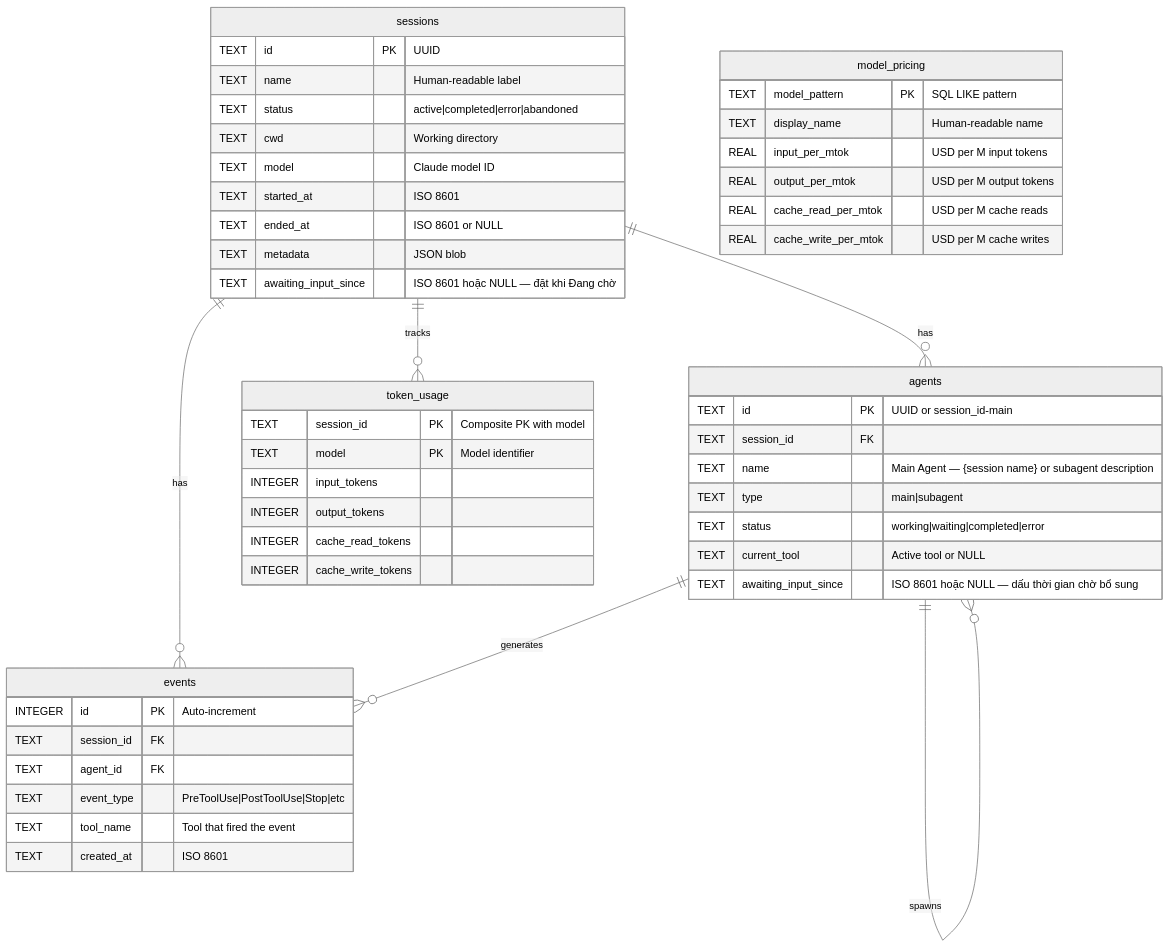
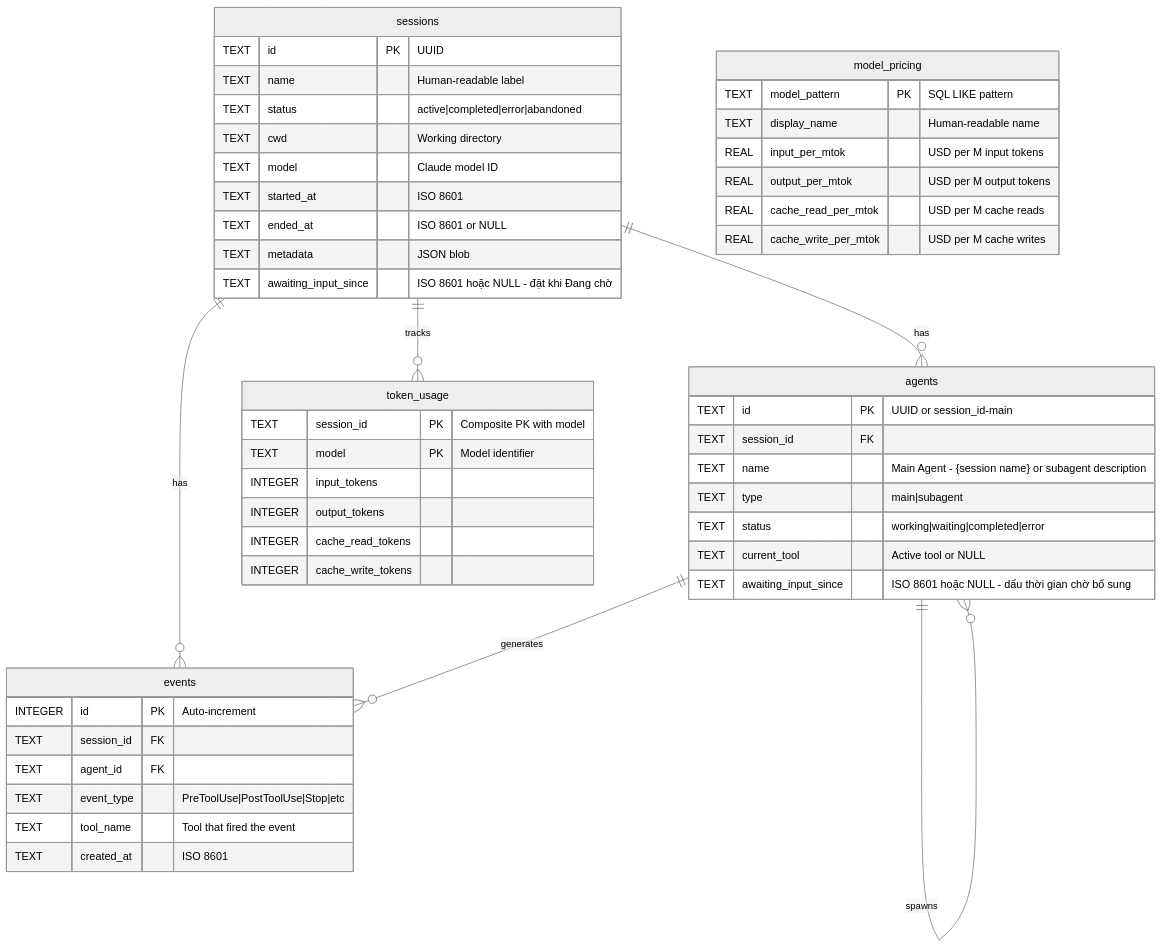
Before and after one commit to MrZarrar/Jarvis-Sub-Agent-Dashboard: diagram 18 of 25 in README-VN.md, drawn with Mermaid (neutral theme). The commit also changed other lines of this file and 382 other files, not shown here.

````diff
--- a/README-VN.md
+++ b/README-VN.md
@@ -1527,57 +1527,57 @@
 ```mermaid
 erDiagram
     sessions ||--o{ agents : has
     sessions ||--o{ events : has
     sessions ||--o{ token_usage : tracks
     agents ||--o{ events : generates
     agents ||--o{ agents : spawns
 
     sessions {
         TEXT id PK "UUID"
         TEXT name "Human-readable label"
         TEXT status "active|completed|error|abandoned"
         TEXT cwd "Working directory"
         TEXT model "Claude model ID"
         TEXT started_at "ISO 8601"
         TEXT ended_at "ISO 8601 or NULL"
         TEXT metadata "JSON blob"
-        TEXT awaiting_input_since "ISO 8601 hoặc NULL — đặt khi Đang chờ"
+        TEXT awaiting_input_since "ISO 8601 hoặc NULL - đặt khi Đang chờ"
     }
 
     agents {
         TEXT id PK "UUID or session_id-main"
         TEXT session_id FK
-        TEXT name "Main Agent — {session name} or subagent description"
+        TEXT name "Main Agent - {session name} or subagent description"
         TEXT type "main|subagent"
         TEXT status "working|waiting|completed|error"
         TEXT current_tool "Active tool or NULL"
-        TEXT awaiting_input_since "ISO 8601 hoặc NULL — dấu thời gian chờ bổ sung"
+        TEXT awaiting_input_since "ISO 8601 hoặc NULL - dấu thời gian chờ bổ sung"
     }
 
     events {
         INTEGER id PK "Auto-increment"
         TEXT session_id FK
         TEXT agent_id FK
         TEXT event_type "PreToolUse|PostToolUse|Stop|etc"
         TEXT tool_name "Tool that fired the event"
         TEXT created_at "ISO 8601"
     }
 
     token_usage {
         TEXT session_id PK "Composite PK with model"
         TEXT model PK "Model identifier"
         INTEGER input_tokens
         INTEGER output_tokens
         INTEGER cache_read_tokens
         INTEGER cache_write_tokens
     }
 
     model_pricing {
         TEXT model_pattern PK "SQL LIKE pattern"
         TEXT display_name "Human-readable name"
         REAL input_per_mtok "USD per M input tokens"
         REAL output_per_mtok "USD per M output tokens"
         REAL cache_read_per_mtok "USD per M cache reads"
         REAL cache_write_per_mtok "USD per M cache writes"
     }
 ```
````
